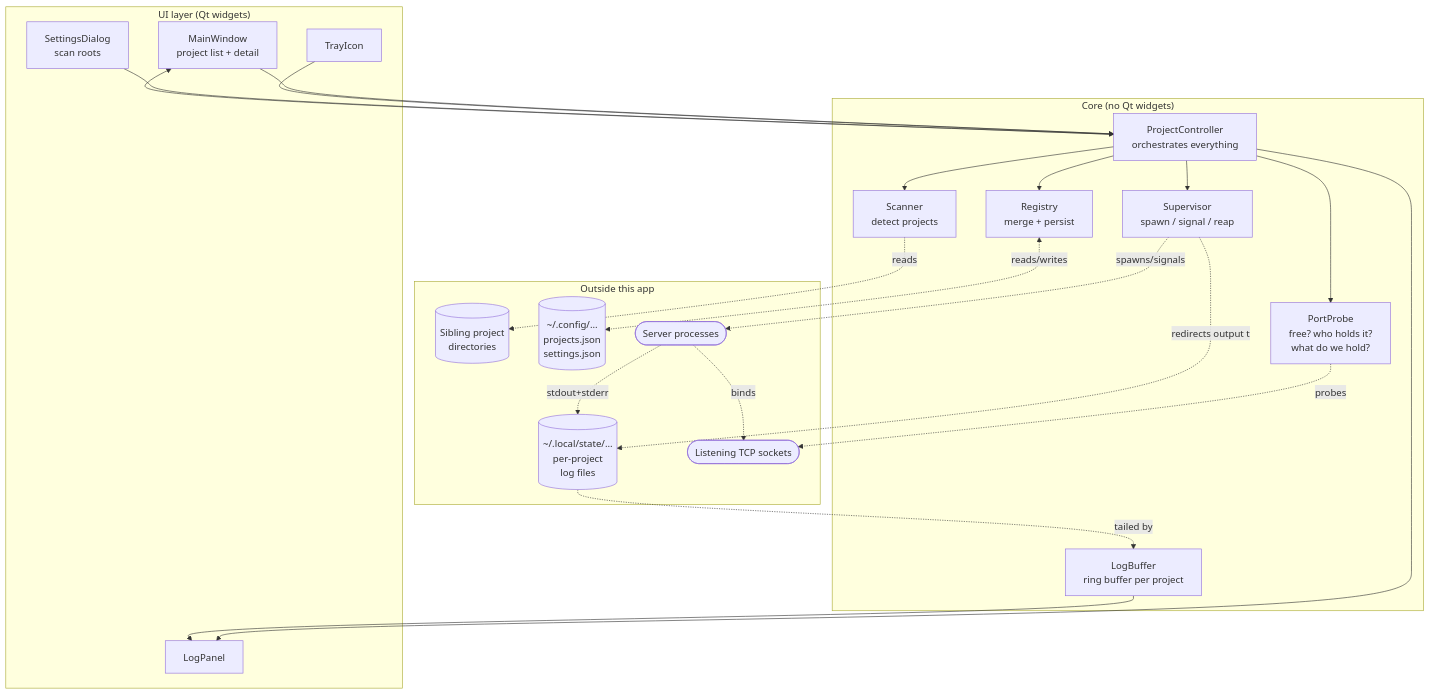
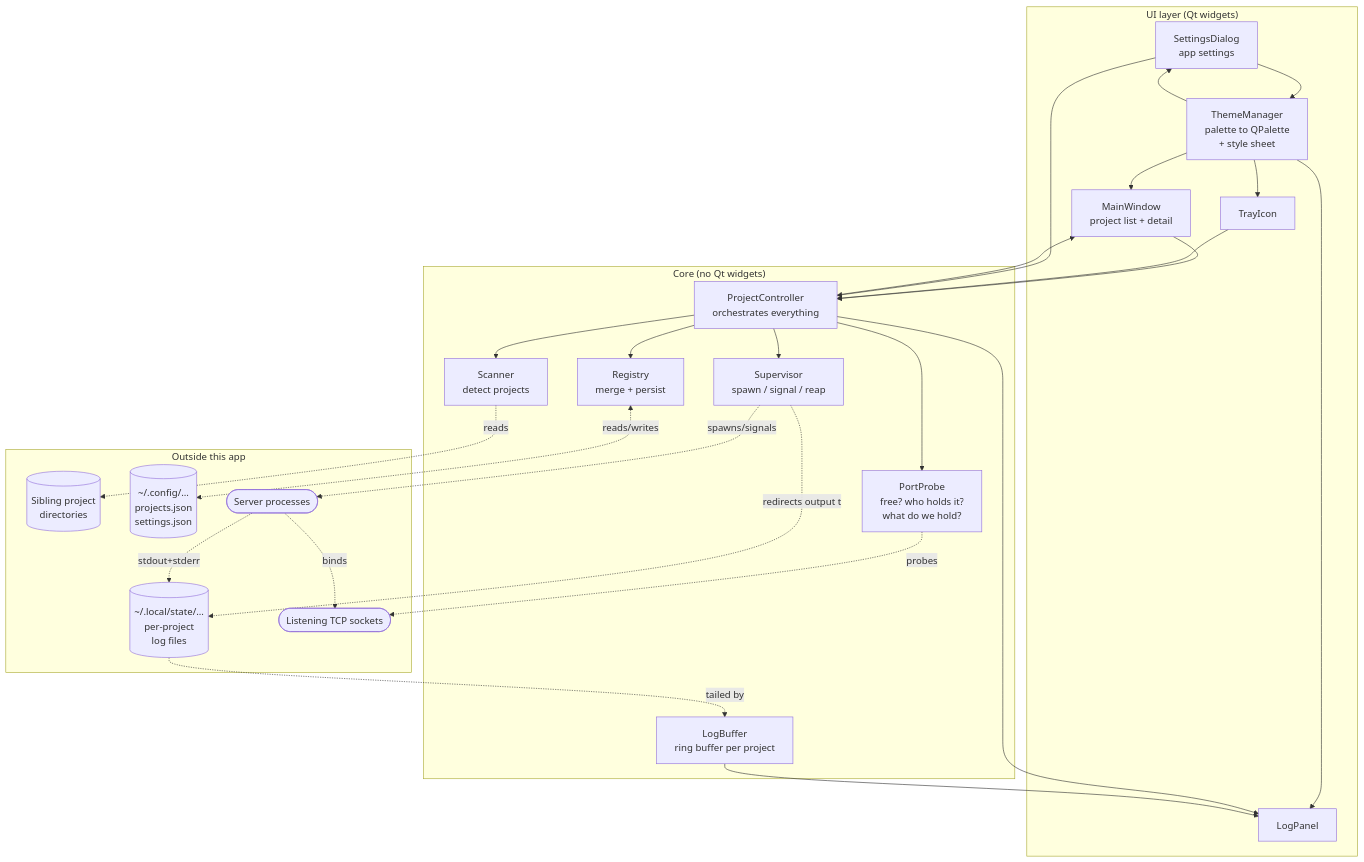
One commit to milnet01/LocalWebServerManager changed the diagram in docs/design.md. Above: the diagram before and after it, drawn with Mermaid. The commit also changed other lines of this file and 4 other files, not shown here.

````diff
--- a/docs/design.md
+++ b/docs/design.md
@@ -43,47 +43,53 @@
 ```mermaid
 flowchart TB
     subgraph ui["UI layer (Qt widgets)"]
         MW[MainWindow<br/>project list + detail]
         LP[LogPanel]
         TR[TrayIcon]
-        SD[SettingsDialog<br/>scan roots]
+        SD[SettingsDialog<br/>app settings]
+        THM[ThemeManager<br/>palette to QPalette<br/>+ style sheet]
     end
 
     subgraph core["Core (no Qt widgets)"]
         CTL[ProjectController<br/>orchestrates everything]
         SUP[Supervisor<br/>spawn / signal / reap]
         PRB[PortProbe<br/>free? who holds it?<br/>what do we hold?]
         SCN[Scanner<br/>detect projects]
         REG[Registry<br/>merge + persist]
         LOG[LogBuffer<br/>ring buffer per project]
     end
 
     subgraph outside["Outside this app"]
         FS[(Sibling project<br/>directories)]
         CFG[(~/.config/…<br/>projects.json<br/>settings.json)]
         LOGF[(~/.local/state/…<br/>per-project<br/>log files)]
         PROC([Server processes])
         NET([Listening TCP sockets])
     end
 
     MW --> CTL
     TR --> CTL
     SD --> CTL
+    SD --> THM
+    THM --> MW
+    THM --> LP
+    THM --> TR
+    THM --> SD
     CTL --> LP
     CTL --> MW
 
     CTL --> SUP
     CTL --> PRB
     CTL --> SCN
     CTL --> REG
     LOG --> LP
 
     SCN -.reads.-> FS
     REG <-.reads/writes.-> CFG
     SUP -.spawns/signals.-> PROC
     SUP -.redirects output to.-> LOGF
     PROC -.stdout+stderr.-> LOGF
     LOGF -.tailed by.-> LOG
     PRB -.probes.-> NET
     PROC -.binds.-> NET
 ```
````
